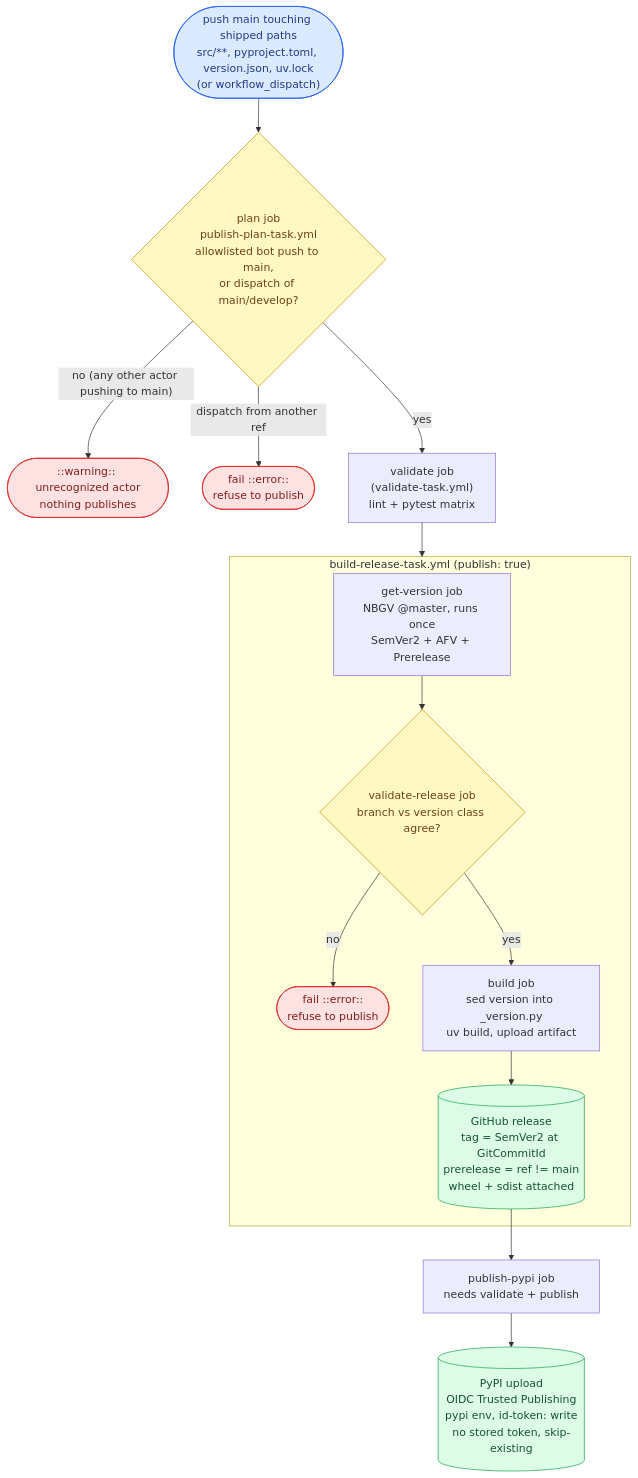
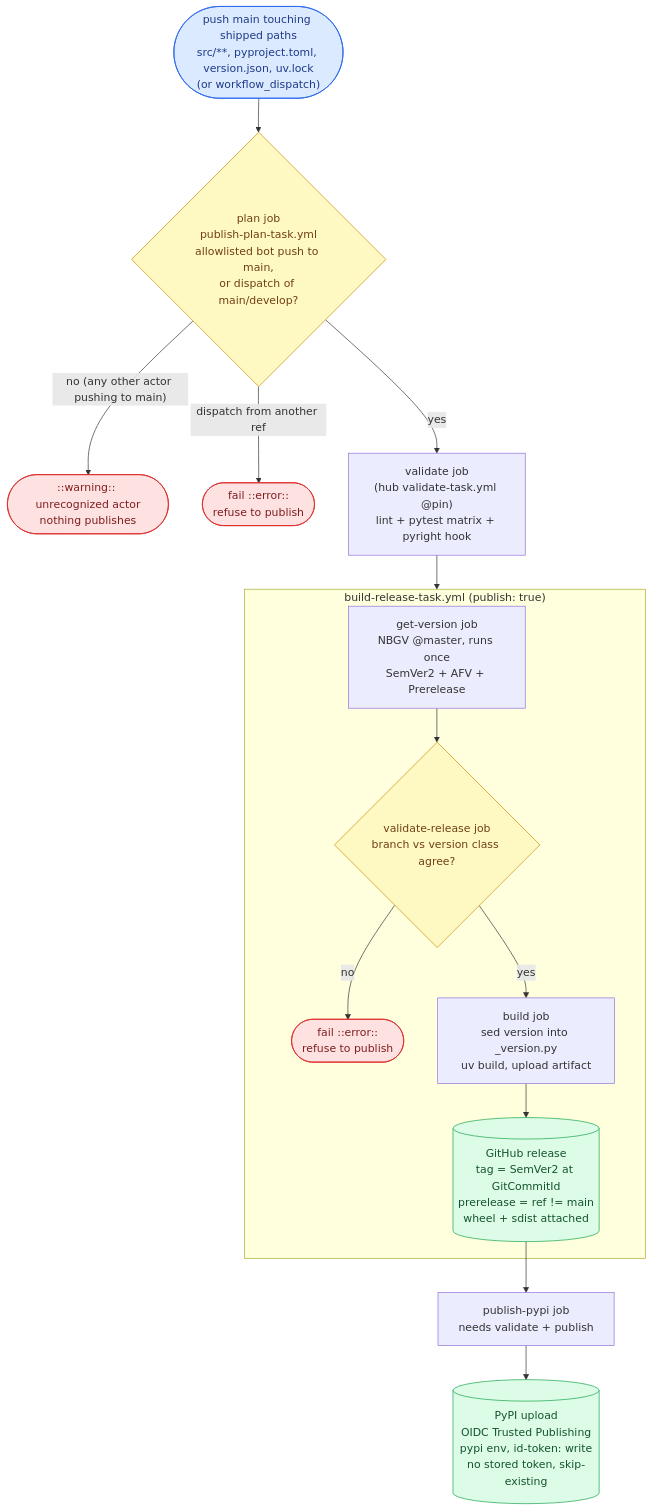
One commit to ptr727/aiopurpleair changed the second of 3 diagrams in WORKFLOW.md. Above: the diagram before and after it, drawn with Mermaid. The commit also changed other lines of this file and 9 other files, not shown here.

````diff
--- a/WORKFLOW.md
+++ b/WORKFLOW.md
@@ -123,21 +134,21 @@
 ```mermaid
 flowchart TD
     P(["push main touching shipped paths<br/>src/**, pyproject.toml, version.json, uv.lock<br/>(or workflow_dispatch)"]):::trig --> PLAN
     PLAN{"plan job<br/>publish-plan-task.yml<br/>allowlisted bot push to main,<br/>or dispatch of main/develop?"}:::gate
     PLAN -- "no (any other actor pushing to main)" --> NOP(["::warning:: unrecognized actor<br/>nothing publishes"]):::stop
     PLAN -- "dispatch from another ref" --> DX(["fail ::error::<br/>refuse to publish"]):::stop
-    PLAN -- "yes" --> VAL["validate job<br/>(validate-task.yml)<br/>lint + pytest matrix"]
+    PLAN -- "yes" --> VAL["validate job<br/>(hub validate-task.yml @pin)<br/>lint + pytest matrix + pyright hook"]
     VAL --> BUILD
     subgraph BUILD ["build-release-task.yml (publish: true)"]
         GV["get-version job<br/>NBGV @master, runs once<br/>SemVer2 + AFV + Prerelease"] --> VR{"validate-release job<br/>branch vs version class agree?"}:::gate
         VR -- "no" --> VRX(["fail ::error::<br/>refuse to publish"]):::stop
         VR -- "yes" --> BD["build job<br/>sed version into _version.py<br/>uv build, upload artifact"]
         BD --> REL[("GitHub release<br/>tag = SemVer2 at GitCommitId<br/>prerelease = ref != main<br/>wheel + sdist attached")]:::pub
     end
     REL --> PP["publish-pypi job<br/>needs validate + publish"]
     PP --> PYPI[("PyPI upload<br/>OIDC Trusted Publishing<br/>pypi env, id-token: write<br/>no stored token, skip-existing")]:::pub
     classDef trig fill:#dbeafe,stroke:#2563eb,color:#1e3a8a
     classDef gate fill:#fef9c3,stroke:#ca8a04,color:#713f12
     classDef pub fill:#dcfce7,stroke:#16a34a,color:#14532d
     classDef stop fill:#fee2e2,stroke:#dc2626,color:#7f1d1d
 ```
````
